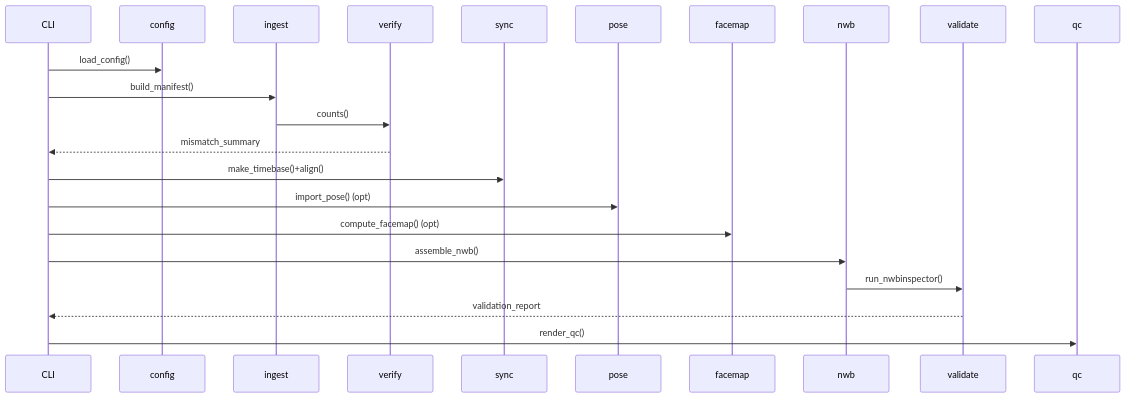
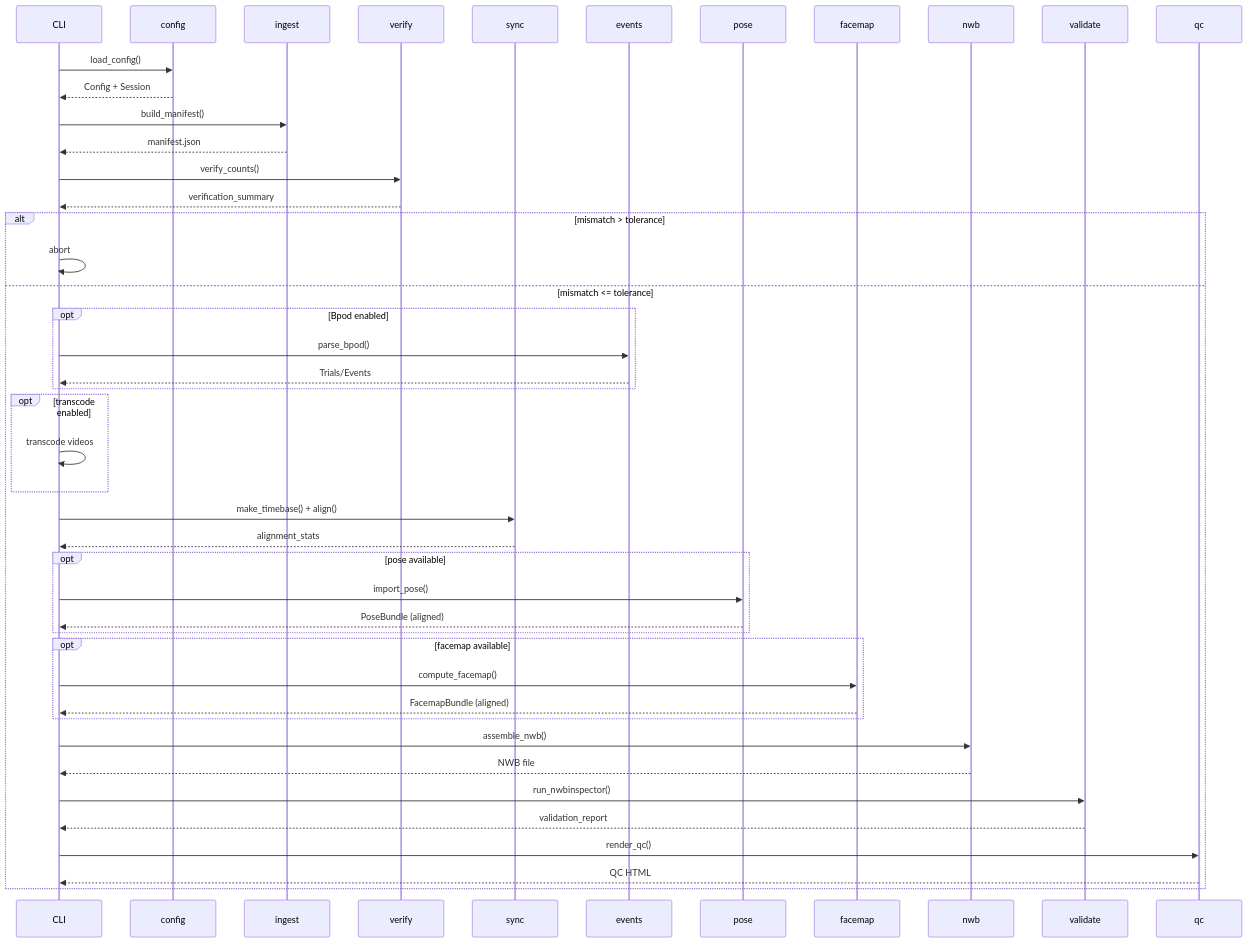
Before and after one commit to BorjaEst/w2t-bkin: the third of 3 diagrams in design.md, drawn with Mermaid. The commit also changed other lines of this file, not shown here.

Commit message:
feat: Enhance design documentation to include events handling and state diagram updates

````diff
--- a/design.md
+++ b/design.md
@@ -153,15 +167,48 @@
 ```mermaid
 sequenceDiagram
   participant CLI
+  participant config
+  participant ingest
+  participant verify
+  participant sync
+  participant events
+  participant pose
+  participant facemap
+  participant nwb
+  participant validate
+  participant qc
+
   CLI->>config: load_config()
+  config-->>CLI: Config + Session
   CLI->>ingest: build_manifest()
-  ingest->>verify: counts()
-  verify-->>CLI: mismatch_summary
-  CLI->>sync: make_timebase()+align()
-  CLI->>pose: import_pose() (opt)
-  CLI->>facemap: compute_facemap() (opt)
-  CLI->>nwb: assemble_nwb()
-  nwb->>validate: run_nwbinspector()
-  validate-->>CLI: validation_report
-  CLI->>qc: render_qc()
+  ingest-->>CLI: manifest.json
+  CLI->>verify: verify_counts()
+  verify-->>CLI: verification_summary
+  alt mismatch > tolerance
+    CLI->>CLI: abort
+  else mismatch <= tolerance
+    opt Bpod enabled
+      CLI->>events: parse_bpod()
+      events-->>CLI: Trials/Events
+    end
+    opt transcode enabled
+      CLI->>CLI: transcode videos
+    end
+    CLI->>sync: make_timebase() + align()
+    sync-->>CLI: alignment_stats
+    opt pose available
+      CLI->>pose: import_pose()
+      pose-->>CLI: PoseBundle (aligned)
+    end
+    opt facemap available
+      CLI->>facemap: compute_facemap()
+      facemap-->>CLI: FacemapBundle (aligned)
+    end
+    CLI->>nwb: assemble_nwb()
+    nwb-->>CLI: NWB file
+    CLI->>validate: run_nwbinspector()
+    validate-->>CLI: validation_report
+    CLI->>qc: render_qc()
+    qc-->>CLI: QC HTML
+  end
 ```
````
